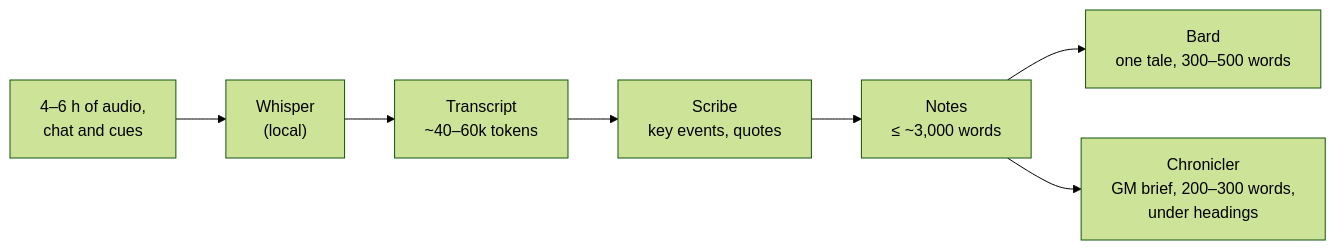
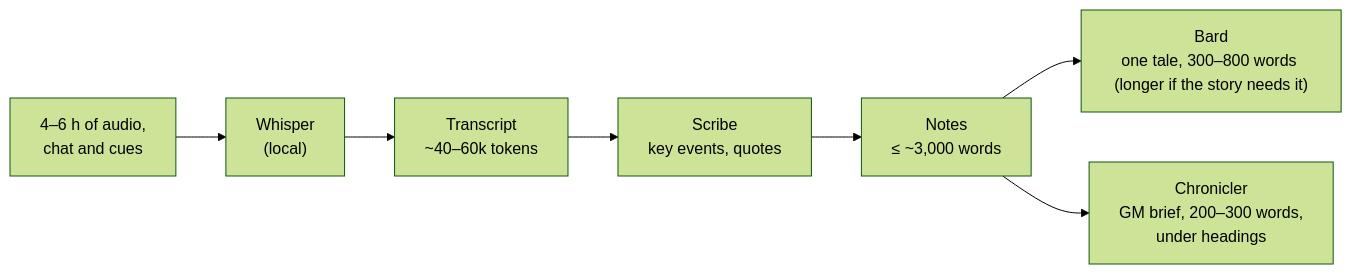
The fourth of 4 diagrams in docs/architecture/RECORDING-AND-SUMMARIES.md (AndyProsser/vtt-chat-app), drawn with Mermaid (forest theme) before and after one commit. The commit also changed other lines of this file and 1 other file, not shown here.

Commit message:
docs: tales run 300-800 words for every storyteller and may invent a little; the Tipsy Minstrel is chaos with nods to the truth (Andy, 2026-11-20)

````diff
--- a/docs/architecture/RECORDING-AND-SUMMARIES.md
+++ b/docs/architecture/RECORDING-AND-SUMMARIES.md
@@ -638,9 +639,9 @@
 ```mermaid
 flowchart LR
     A["4–6 h of audio,<br/>chat and cues"] --> W["Whisper<br/>(local)"]
     W --> T["Transcript<br/>~40–60k tokens"]
     T --> S["Scribe<br/>key events, quotes"]
     S --> N["Notes<br/>≤ ~3,000 words"]
-    N --> B["Bard<br/>one tale, 300–500 words"]
+    N --> B["Bard<br/>one tale, 300–800 words (longer if the story needs it)"]
     N --> C["Chronicler<br/>GM brief, 200–300 words,<br/>under headings"]
 ```
````
